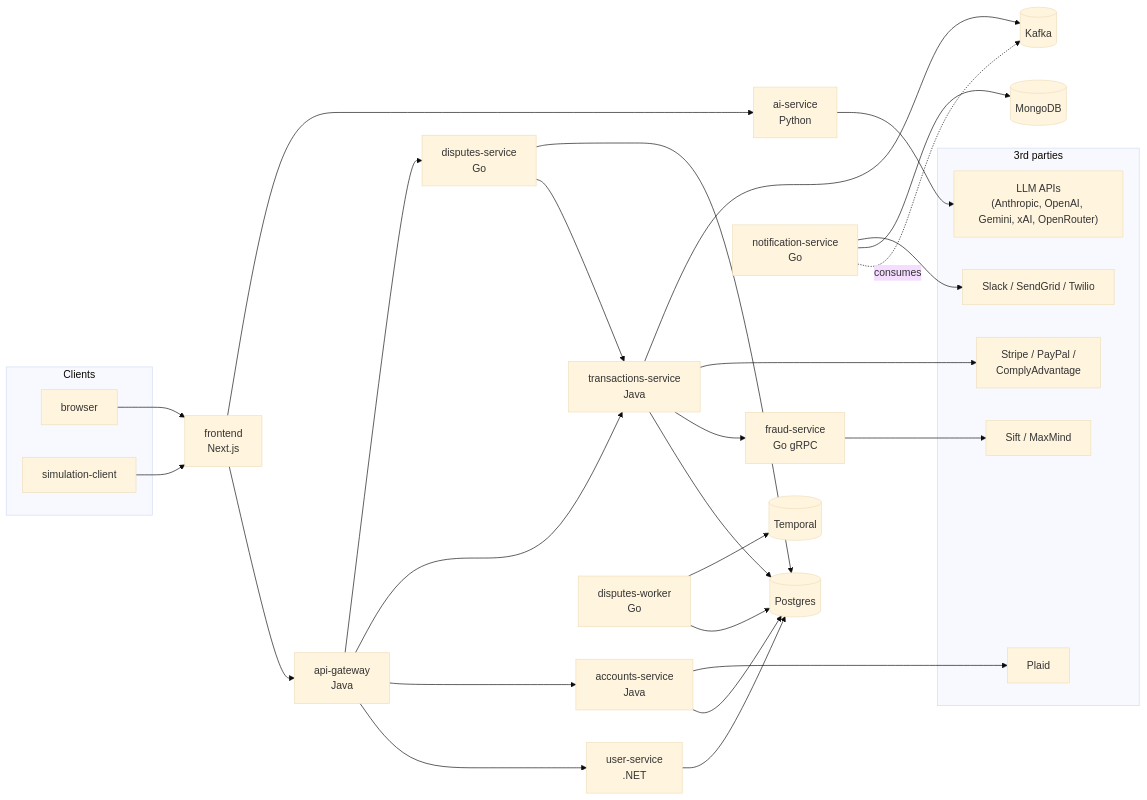
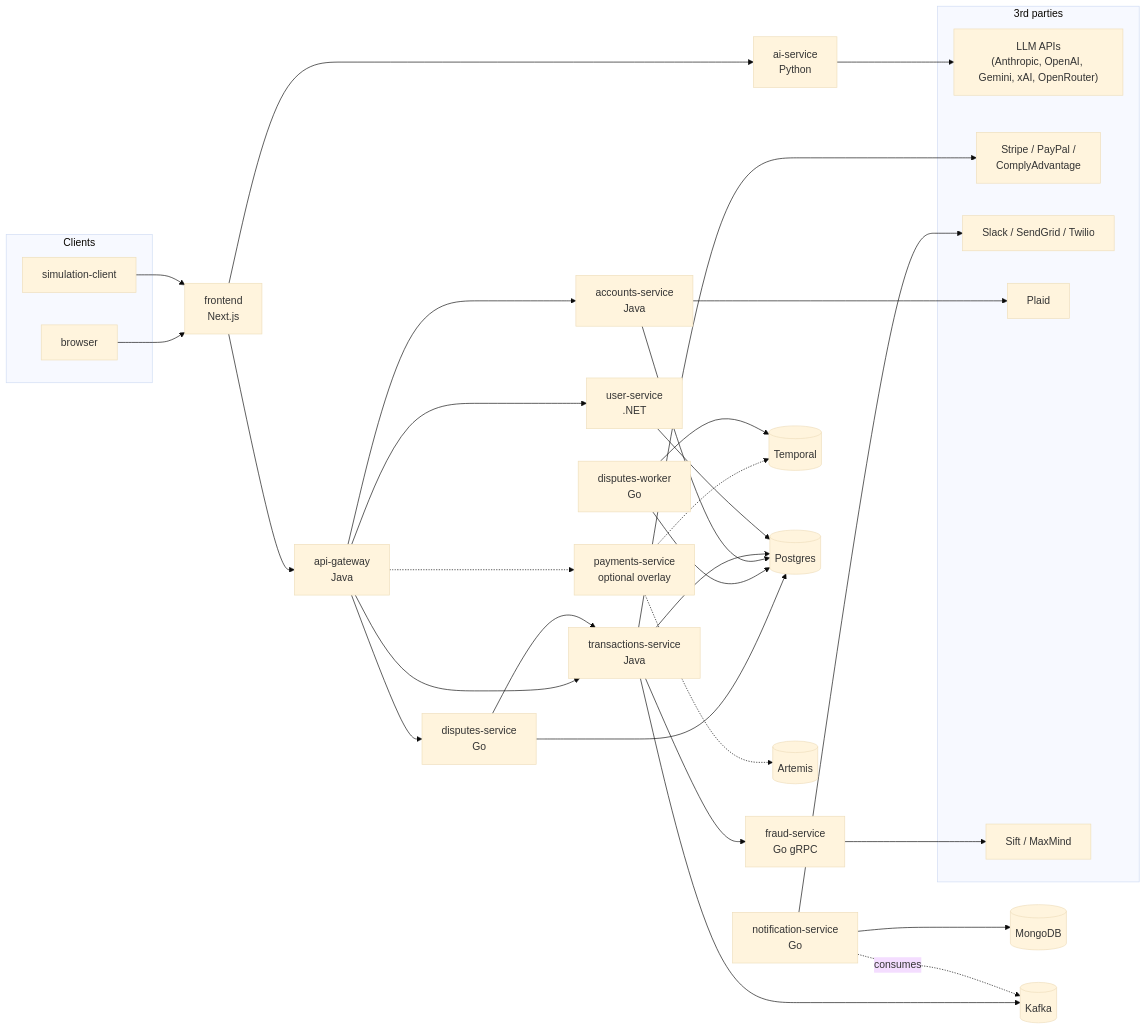
One commit to dipjyotimetia/distributed-systems changed the diagram in README.md. Above: the diagram before and after it, drawn with Mermaid (base theme). The commit also changed other lines of this file and 45 other files, not shown here.

````diff
--- a/README.md
+++ b/README.md
@@ -57,61 +57,64 @@
 ```mermaid
 flowchart LR
   subgraph clients["Clients"]
     browser[browser]
     sim[simulation-client]
   end
 
   frontend[frontend<br/>Next.js]
   gateway[api-gateway<br/>Java]
   accounts[accounts-service<br/>Java]
   transactions[transactions-service<br/>Java]
   users[user-service<br/>.NET]
   ai[ai-service<br/>Python]
   fraud[fraud-service<br/>Go gRPC]
   notif[notification-service<br/>Go]
   disputes[disputes-service<br/>Go]
   worker[disputes-worker<br/>Go]
   temporal[(Temporal)]
 
   postgres[(Postgres)]
   mongo[(MongoDB)]
   kafka[(Kafka)]
 
   subgraph thirdparty["3rd parties"]
     llm["LLM APIs<br/>(Anthropic, OpenAI, Gemini, xAI, OpenRouter)"]
     payments["Stripe / PayPal /<br/>ComplyAdvantage"]
     messaging["Slack / SendGrid / Twilio"]
     plaid["Plaid"]
     risk["Sift / MaxMind"]
   end
 
   browser --> frontend
   sim --> frontend
   frontend --> gateway
   gateway --> users
   gateway --> accounts
   gateway --> transactions
   frontend --> ai
   gateway --> disputes
   disputes --> transactions
   disputes --> postgres
+  gateway -.-> outboundPayments[payments-service<br/>optional overlay]
+  outboundPayments -.-> artemis[(Artemis)]
+  outboundPayments -.-> temporal
   worker --> postgres
   worker --> temporal
 
   accounts --> postgres
   transactions --> postgres
   users --> postgres
   accounts --> plaid
 
   transactions --> fraud
   transactions --> payments
   transactions --> kafka
 
   fraud --> risk
 
   ai --> llm
 
   notif -.consumes.-> kafka
   notif --> mongo
   notif --> messaging
 ```
````
